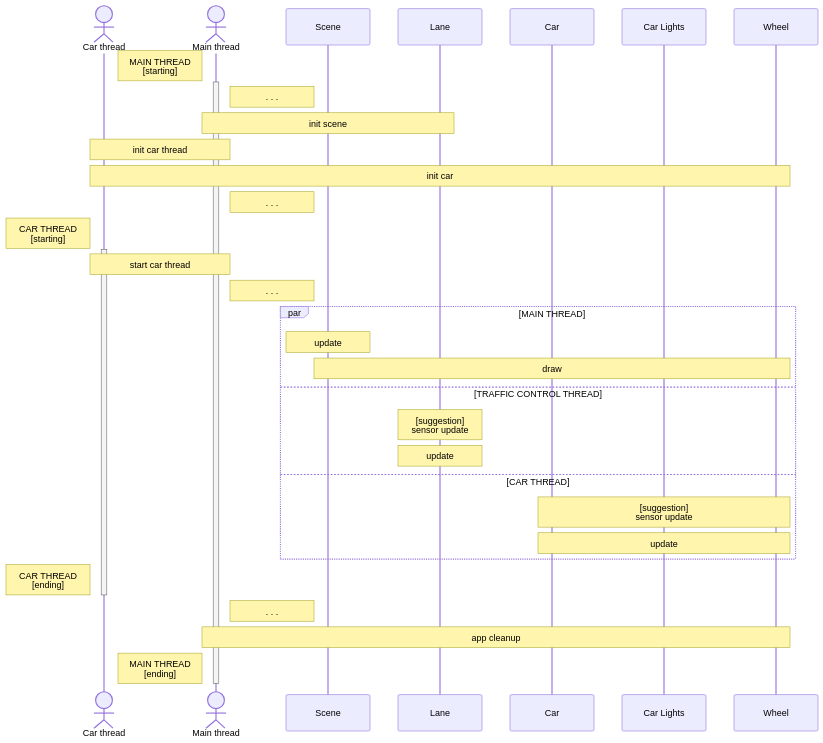
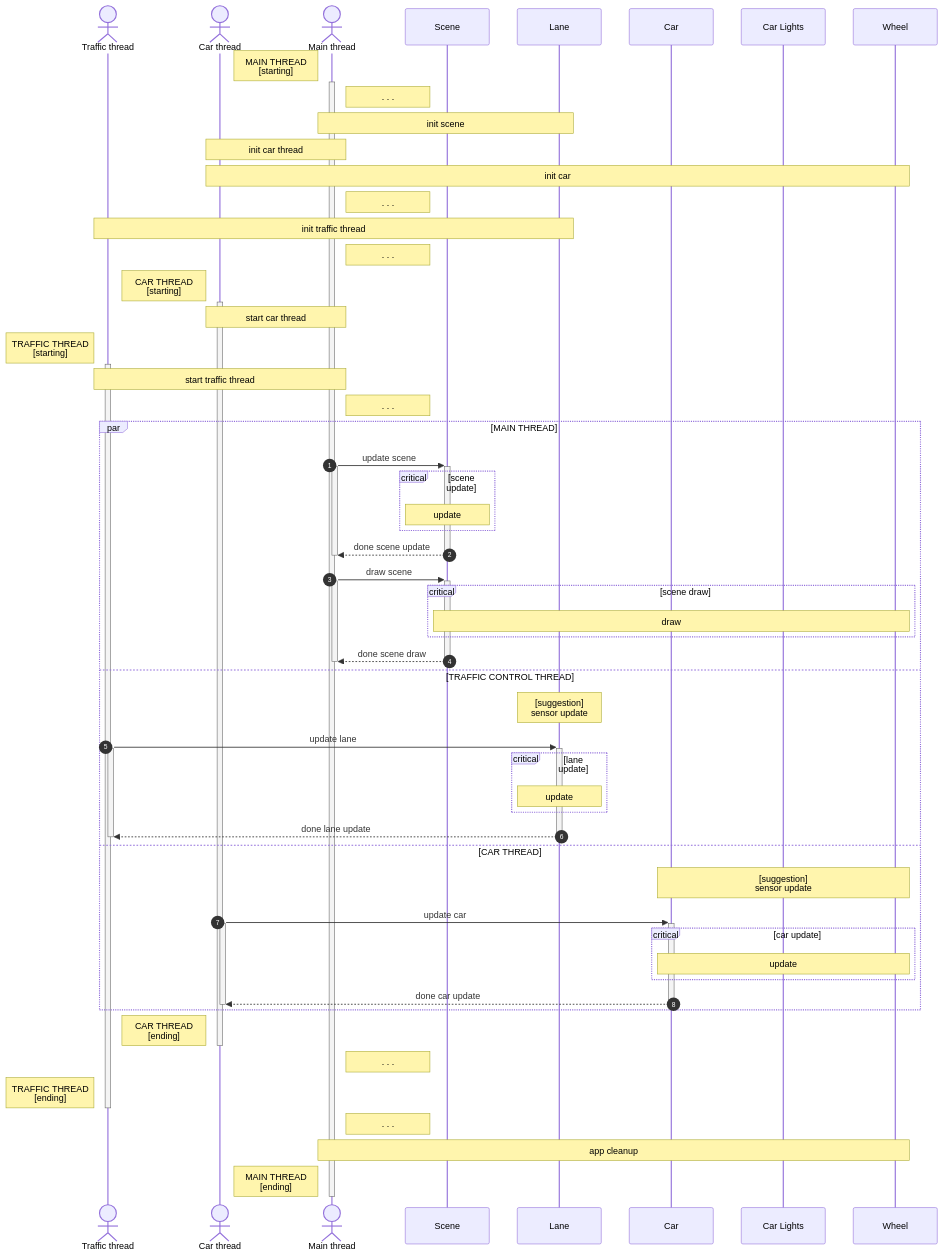
The seventh of 7 diagrams in docs/docs_01_conceptual.md (corbeau217/cpp_opengl_vehicles), drawn with Mermaid before and after one commit. The commit also changed other lines of this file and 1 other file, not shown here.

Commit message:
done update/draw for car/car thread sequence diagram draft 1

```diff
--- a/docs/docs_01_conceptual.md
+++ b/docs/docs_01_conceptual.md
@@ -673,6 +671,7 @@
 sequenceDiagram
     autonumber
     %% -------------------------------------------------
+    Actor TRAFFICTHREAD as Traffic thread
     Actor CARTHREAD as Car thread
     Actor MAINTHREAD as Main thread
     %% ---------------------------------
@@ -691,6 +690,8 @@
     note over CARTHREAD,MAINTHREAD : init car thread
     note over CARTHREAD,WHEEL : init car
     note right of MAINTHREAD : . . .
+    note over TRAFFICTHREAD,LANE : init traffic thread
+    note right of MAINTHREAD : . . .
     %% -------------------------------------------------
     %% -------------------------------------------------
     note left of CARTHREAD : CAR THREAD<br>[starting]
@@ -698,23 +699,72 @@
     note over CARTHREAD,MAINTHREAD : start car thread
     %% -------------------------------------------------
     %% -------------------------------------------------
+    note left of TRAFFICTHREAD : TRAFFIC THREAD<br>[starting]
+    activate TRAFFICTHREAD
+    note over TRAFFICTHREAD,MAINTHREAD : start traffic thread
+    %% -------------------------------------------------
+    %% -------------------------------------------------
     note right of MAINTHREAD : . . .
     %% ---------------------------------
     par MAIN THREAD
+    %% ---------------------------------
+    %% ---------------------------------
+    MAINTHREAD ->>+ SCENE : update scene
+    activate MAINTHREAD
+    critical scene update
+    %% -------------------------------
     note over SCENE : update
+    %% -------------------------------
+    end
+    SCENE -->>- MAINTHREAD : done scene update
+    deactivate MAINTHREAD
+    %% -------------------------------
+    MAINTHREAD ->>+ SCENE : draw scene
+    activate MAINTHREAD
+    critical scene draw
+    %% -------------------------------
     note over SCENE,WHEEL : draw
+    %% -------------------------------
+    end
+    SCENE -->>- MAINTHREAD : done scene draw
+    deactivate MAINTHREAD
+    %% -------------------------------
     %% ---------------------------------
     %% ---------------------------------
     and TRAFFIC CONTROL THREAD
+    %% ---------------------------------
+    %% ---------------------------------
     note over LANE : [suggestion]<br>sensor update
+    %% -------------------------------
+    TRAFFICTHREAD ->>+ LANE : update lane
+    activate TRAFFICTHREAD
+    critical lane update
+    %% -------------------------------
     note over LANE : update
+    %% -------------------------------
+    end
+    LANE -->>- TRAFFICTHREAD : done lane update
+    deactivate TRAFFICTHREAD
+    %% -------------------------------
+    %% ---------------------------------
+    %% ---------------------------------
     %% ---------------------------------
     %% ---------------------------------
     and CAR THREAD
     %% ---------------------------------
     %% ---------------------------------
     note over CAR,WHEEL : [suggestion]<br>sensor update
+    %% -------------------------------
+    CARTHREAD ->>+ CAR : update car
+    activate CARTHREAD
+    critical car update
+    %% -------------------------------
     note over CAR,WHEEL : update
+    %% -------------------------------
+    end
+    CAR -->>- CARTHREAD : done car update
+    deactivate CARTHREAD
+    %% -------------------------------
     %% ---------------------------------
     %% ---------------------------------
     end
@@ -724,6 +774,11 @@
     deactivate CARTHREAD
     note right of MAINTHREAD : . . .
     %% -------------------------------------------------
+    %% -------------------------------------------------
+    note left of TRAFFICTHREAD : TRAFFIC THREAD<br>[ending]
+    deactivate TRAFFICTHREAD
+    note right of MAINTHREAD : . . .
+    %% -------------------------------------------------
     note over MAINTHREAD,WHEEL : app cleanup
     %% -------------------------------------------------
     note left of MAINTHREAD : MAIN THREAD<br>[ending]
```
